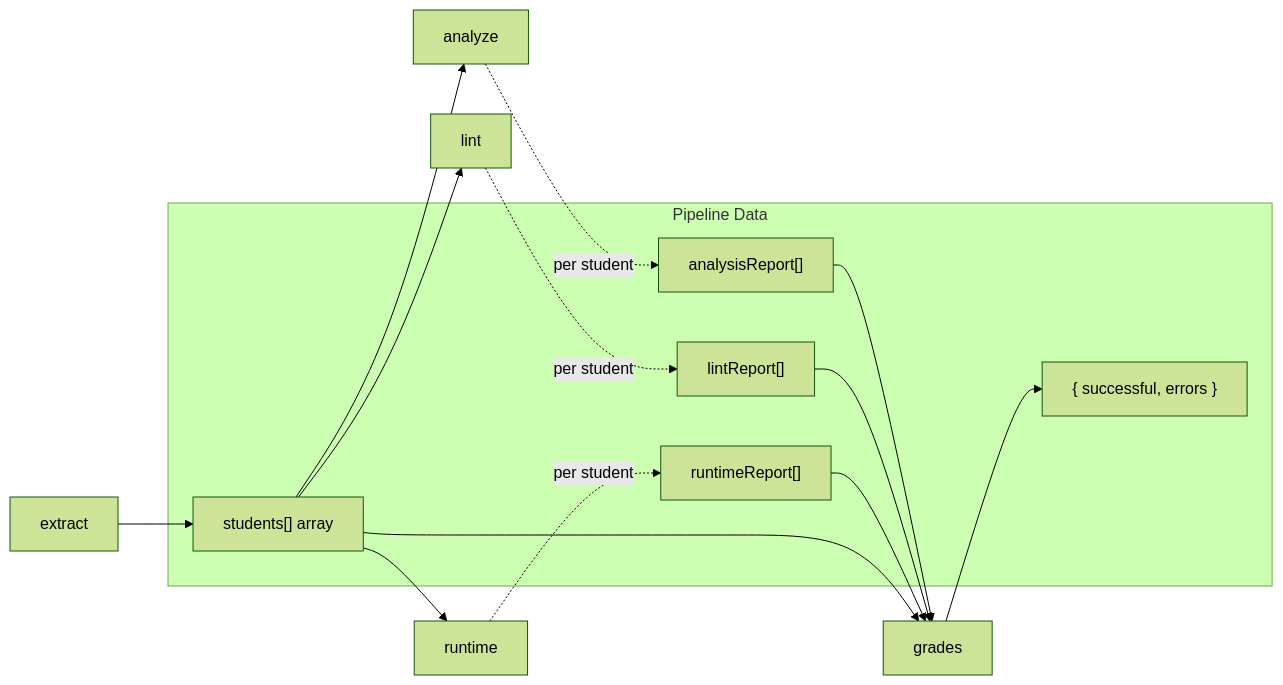
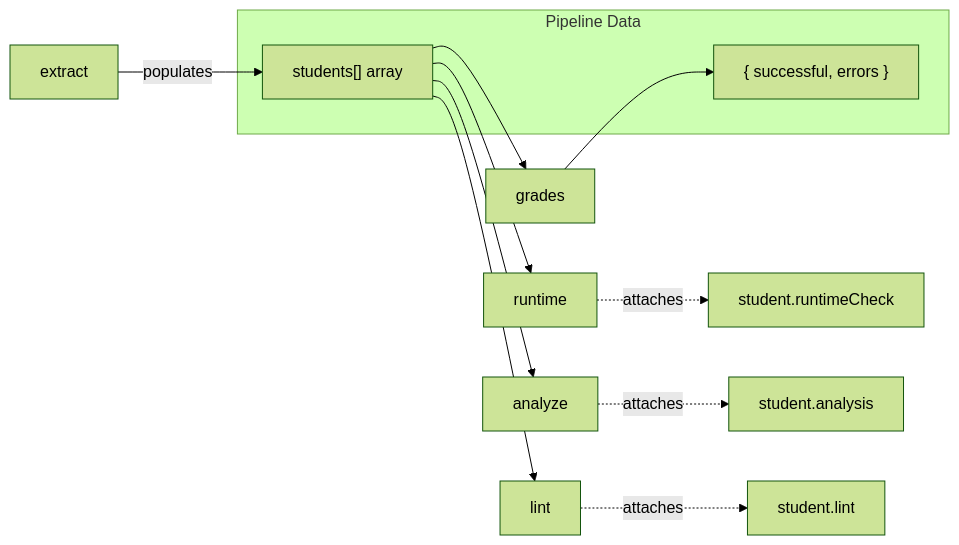
One commit to ProfBird/CS233JS-AI_Grading changed the fifth of 5 diagrams in DEVELOPER_GUIDE.md. Above: the diagram before and after it, drawn with Mermaid (forest theme). The commit also changed other lines of this file and 17 other files, not shown here.

````diff
--- a/DEVELOPER_GUIDE.md
+++ b/DEVELOPER_GUIDE.md
@@ -402,24 +406,18 @@
 ```mermaid
 graph LR
     subgraph "Pipeline Data"
         students["students[] array"]
-        runtimeR["runtimeReport[]"]
-        analysisR["analysisReport[]"]
-        lintR["lintReport[]"]
         gradeSummary["{ successful, errors }"]
     end
 
-    extract --> students
-    runtime -.->|per student| runtimeR
-    analyze -.->|per student| analysisR
-    lint -.->|per student| lintR
+    extract -->|populates| students
+    runtime -.->|attaches| runtimeData["student.runtimeCheck"]
+    analyze -.->|attaches| analysisData["student.analysis"]
+    lint -.->|attaches| lintData["student.lint"]
     grades --> gradeSummary
 
     students --> runtime
     students --> analyze
     students --> lint
-    analysisR --> grades
-    lintR --> grades
-    runtimeR --> grades
     students --> grades
 ```
````
